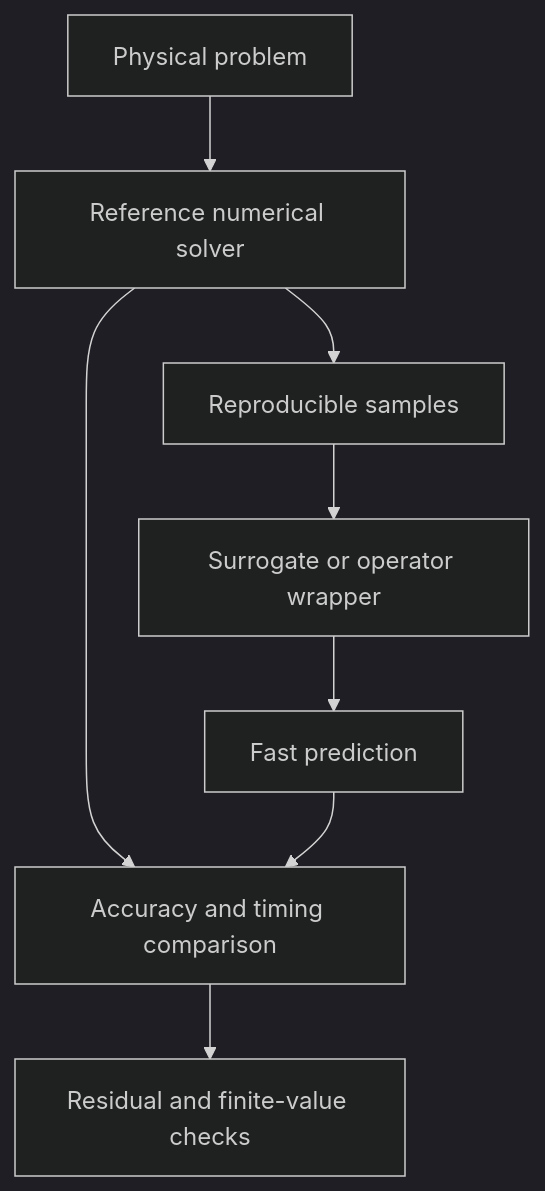
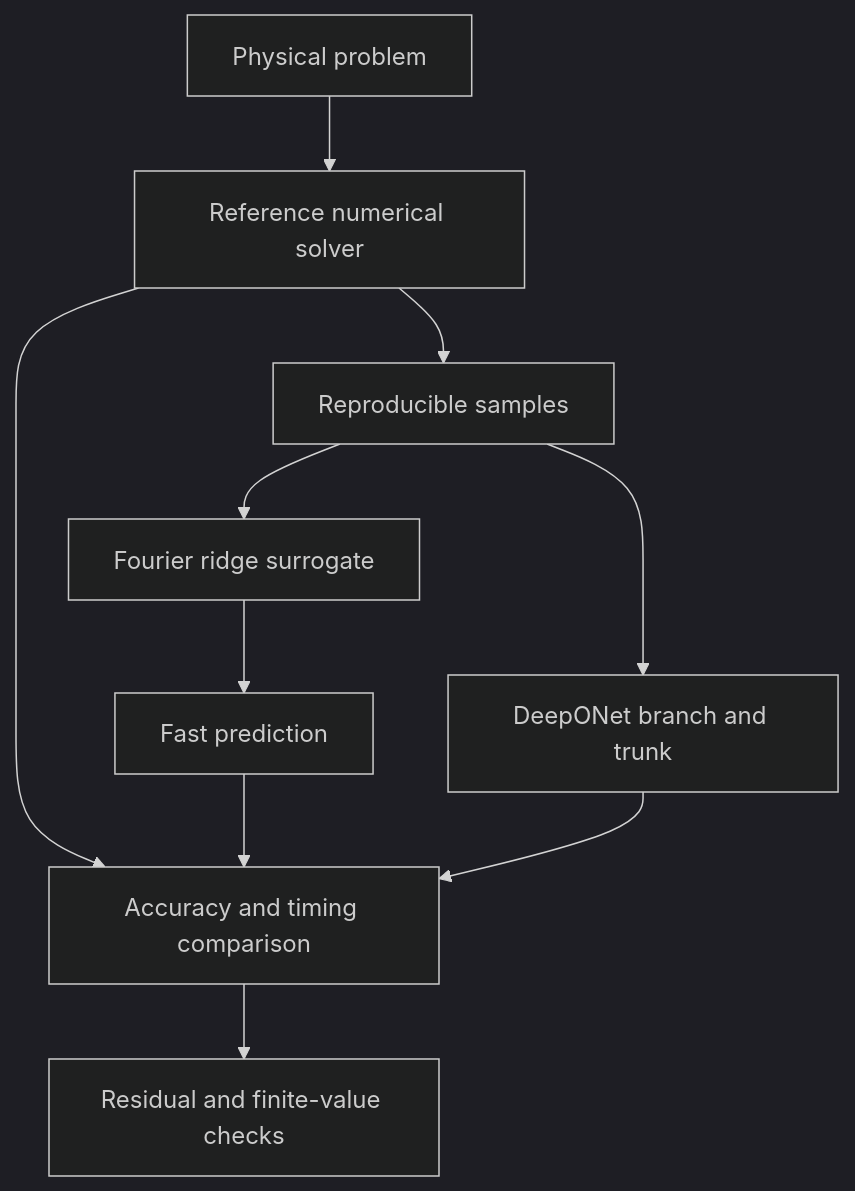
The diagram in docs/science/SCIENTIFIC_COMPUTING.md (awais-akhtar/OpenAgent), drawn with Mermaid (dark theme) before and after one commit. The commit also changed other lines of this file and 93 other files, not shown here.

````diff
--- a/docs/science/SCIENTIFIC_COMPUTING.md
+++ b/docs/science/SCIENTIFIC_COMPUTING.md
@@ -8,10 +8,12 @@
 ```mermaid
 flowchart TD
   Problem[Physical problem] --> Solver[Reference numerical solver]
   Solver --> Dataset[Reproducible samples]
-  Dataset --> Surrogate[Surrogate or operator wrapper]
+  Dataset --> Surrogate[Fourier ridge surrogate]
+  Dataset --> DeepONet[DeepONet branch and trunk]
   Surrogate --> Prediction[Fast prediction]
   Solver --> Benchmark[Accuracy and timing comparison]
   Prediction --> Benchmark
+  DeepONet --> Benchmark
   Benchmark --> Verification[Residual and finite-value checks]
 ```
````
